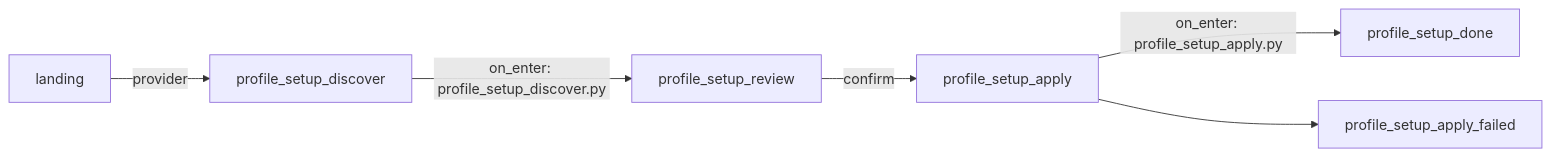
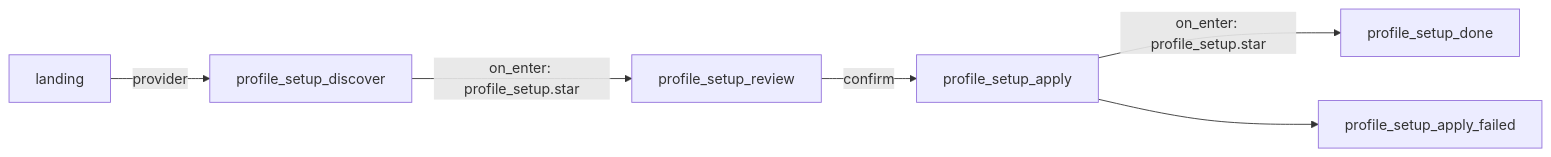
Before and after one commit to bsacrobatix/Kitsoki: the second of 2 diagrams in docs/stories/dev-story-onboarding.md, drawn with Mermaid. The commit also changed other lines of this file and 31 other files, not shown here.

````diff
--- a/docs/stories/dev-story-onboarding.md
+++ b/docs/stories/dev-story-onboarding.md
@@ -130,8 +132,8 @@
 ```mermaid
 flowchart LR
     landing -->|"provider"| profile_setup_discover
-    profile_setup_discover -->|"on_enter: profile_setup_discover.py"| profile_setup_review
+    profile_setup_discover -->|"on_enter: profile_setup.star"| profile_setup_review
     profile_setup_review -->|"confirm"| profile_setup_apply
-    profile_setup_apply -->|"on_enter: profile_setup_apply.py"| profile_setup_done
+    profile_setup_apply -->|"on_enter: profile_setup.star"| profile_setup_done
     profile_setup_apply --> profile_setup_apply_failed
 ```
````
